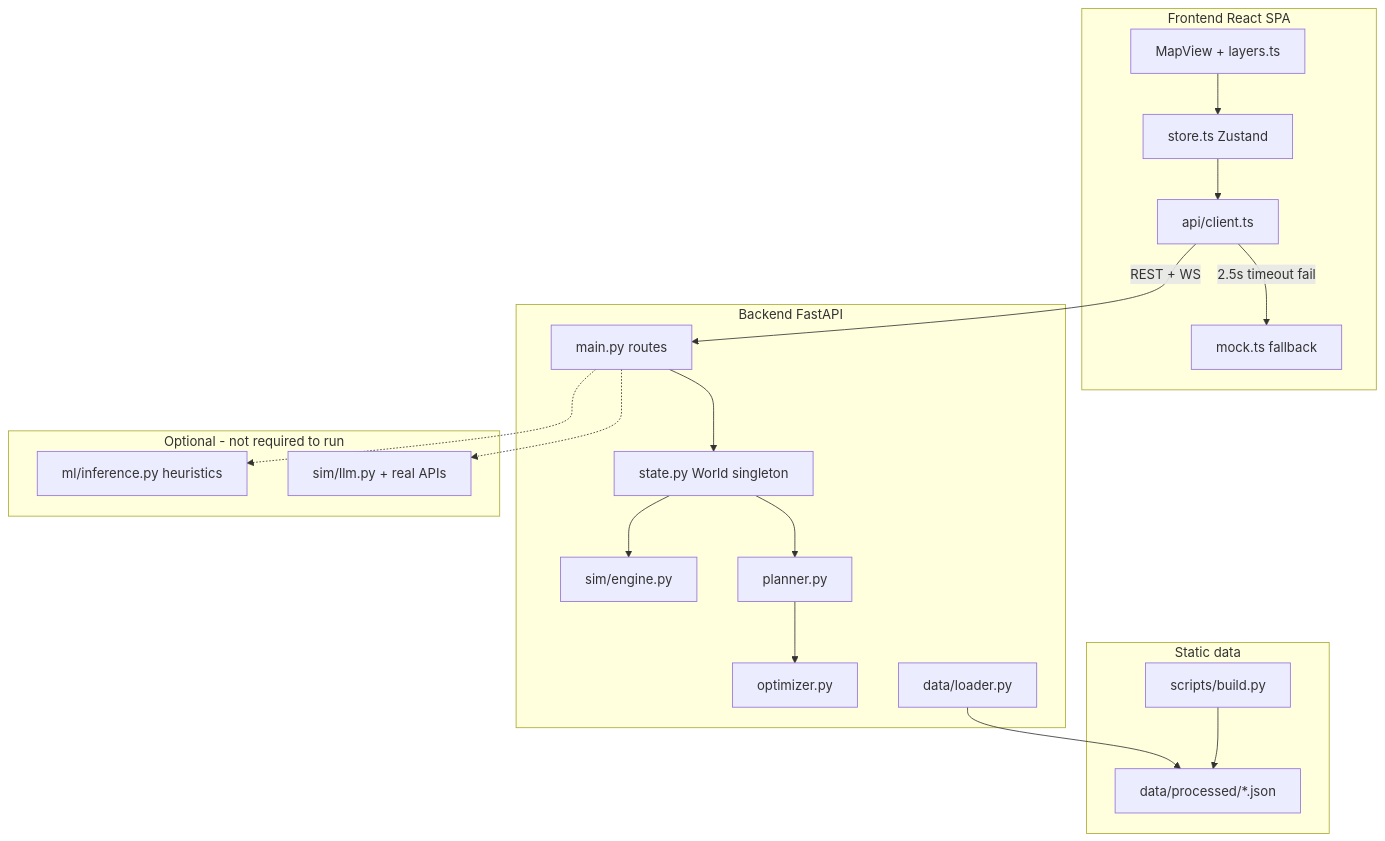
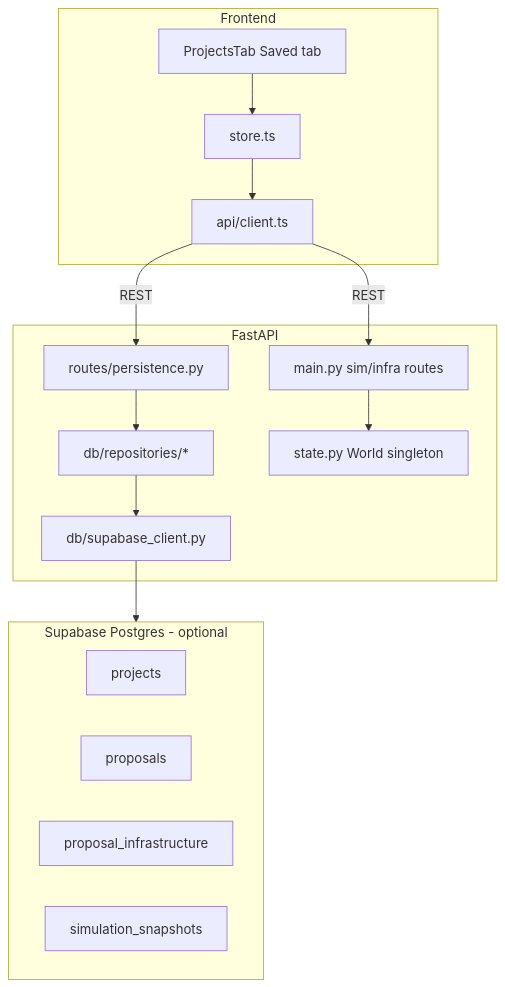
The diagram in docs/audit/complete_system_architecture.md (DanielWLiu07/wattif), drawn with Mermaid before and after one commit. The commit also changed other lines of this file and 15 other files, not shown here.

````diff
--- a/docs/audit/complete_system_architecture.md
+++ b/docs/audit/complete_system_architecture.md
@@ -51,41 +20,32 @@
 ```mermaid
 flowchart TB
-    subgraph client [Frontend React SPA]
-        Store[store.ts Zustand]
+    subgraph frontend [Frontend]
+        SavedTab[ProjectsTab Saved tab]
+        Store[store.ts]
         Client[api/client.ts]
-        Mock[mock.ts fallback]
-        Map[MapView + layers.ts]
     end
 
-    subgraph server [Backend FastAPI]
-        Main[main.py routes]
+    subgraph backend [FastAPI]
+        PersistRoutes[routes/persistence.py]
+        SimRoutes[main.py sim/infra routes]
+        Repos[db/repositories/*]
+        ClientPy[db/supabase_client.py]
         World[state.py World singleton]
-        Engine[sim/engine.py]
-        Planner[planner.py]
-        Optimizer[optimizer.py]
-        Loader[data/loader.py]
     end
 
-    subgraph data [Static data]
-        Processed[data/processed/*.json]
-        Build[scripts/build.py]
+    subgraph supabase [Supabase Postgres - optional]
+        Projects[projects]
+        Proposals[proposals]
+        PropInfra[proposal_infrastructure]
+        Snapshots[simulation_snapshots]
     end
 
-    subgraph optional [Optional - not required to run]
-        ML[ml/inference.py heuristics]
-        LLM[sim/llm.py + real APIs]
-    end
-
+    SavedTab --> Store
     Store --> Client
-    Client -->|2.5s timeout fail| Mock
-    Client -->|REST + WS| Main
-    Main --> World
-    World --> Engine
-    World --> Planner
-    Planner --> Optimizer
-    Loader --> Processed
-    Build --> Processed
-    Main -.-> ML
-    Main -.-> LLM
-    Map --> Store
+    Client -->|REST| PersistRoutes
+    Client -->|REST| SimRoutes
+    PersistRoutes --> Repos
+    Repos --> ClientPy
+    ClientPy --> supabase
+    SimRoutes --> World
 ```
````
